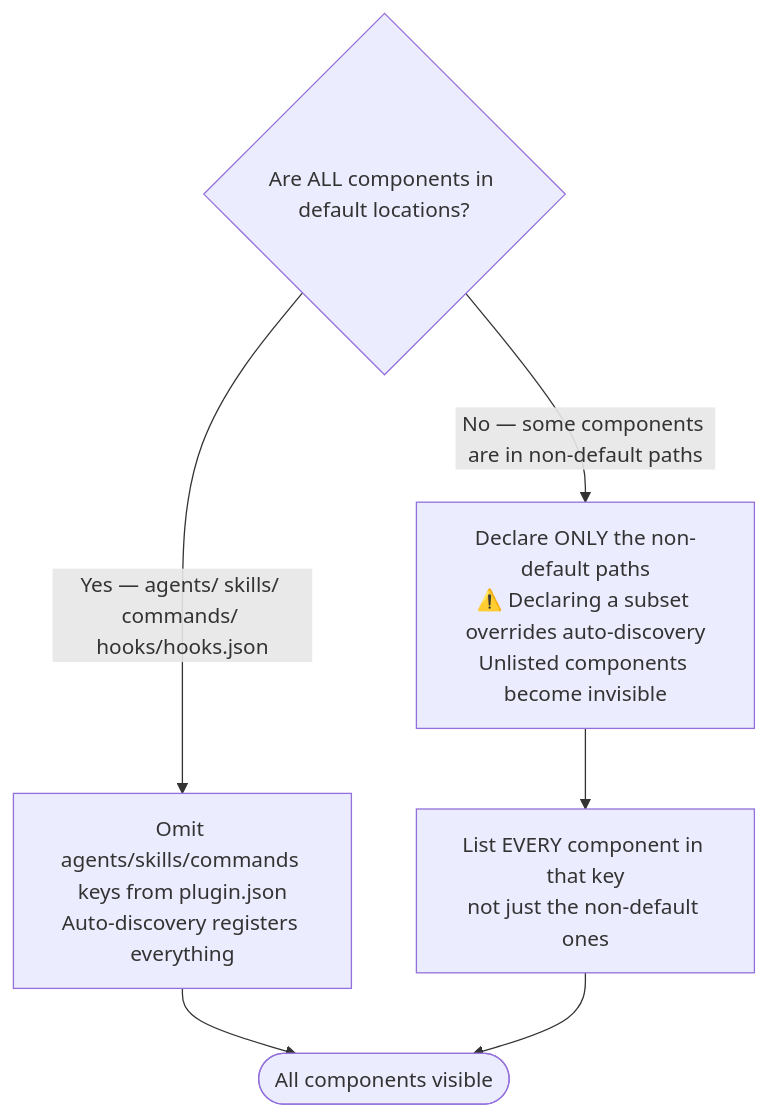
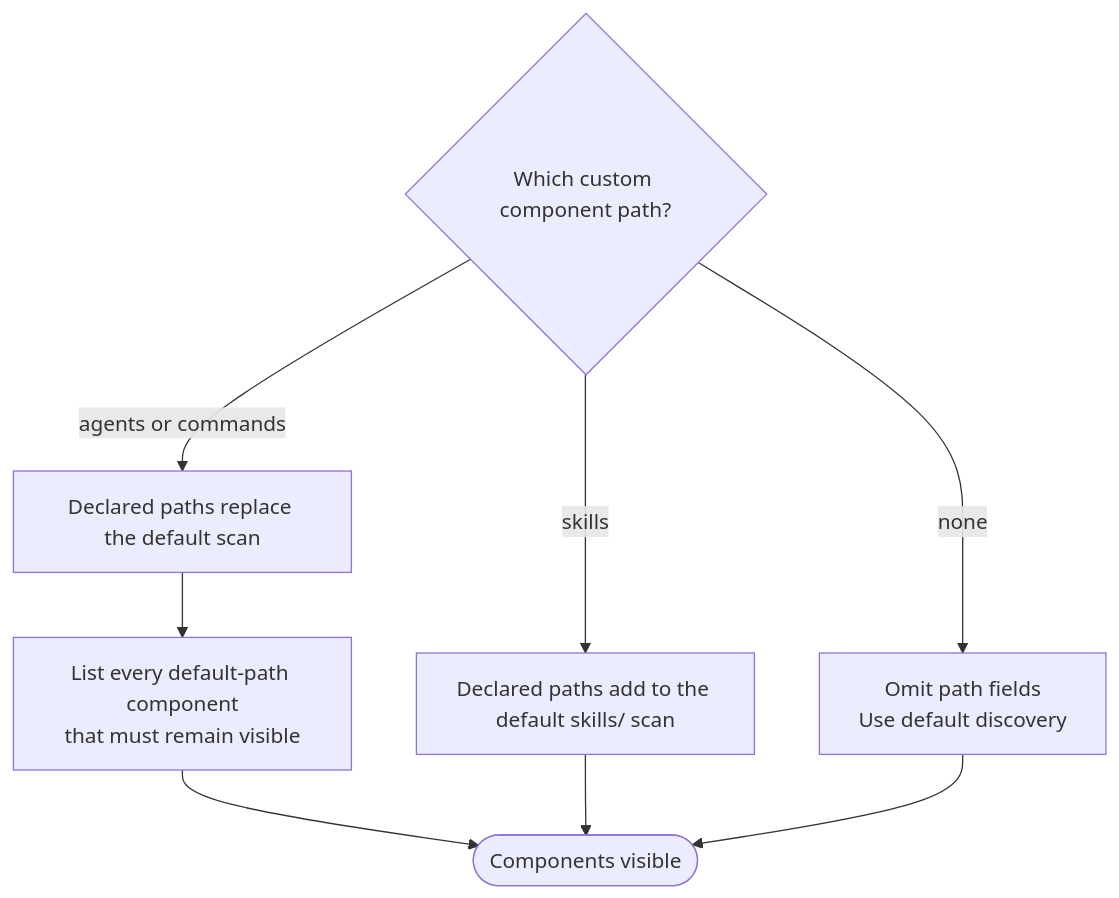
One commit to Jamie-BitFlight/claude_skills changed the diagram in rules/plugin-development.md. Above: the diagram before and after it, drawn with Mermaid. The commit also changed other lines of this file and 7 other files, not shown here.

````diff
--- a/rules/plugin-development.md
+++ b/rules/plugin-development.md
@@ -40,9 +48,11 @@
 ```mermaid
 flowchart TD
-    Q{Are ALL components in default locations?}
-    Q -->|Yes — agents/ skills/ commands/ hooks/hooks.json| Omit["Omit agents/skills/commands keys from plugin.json<br>Auto-discovery registers everything"]
-    Q -->|No — some components are in non-default paths| Declare["Declare ONLY the non-default paths<br>⚠️ Declaring a subset overrides auto-discovery<br>Unlisted components become invisible"]
-    Omit --> Done([All components visible])
-    Declare --> Warn["List EVERY component in that key<br>not just the non-default ones"]
-    Warn --> Done
+    Q{Which custom component path?}
+    Q -->|agents or commands| Replace["Declared paths replace the default scan"]
+    Replace --> Keep["List every default-path component<br>that must remain visible"]
+    Q -->|skills| Add["Declared paths add to the default skills/ scan"]
+    Q -->|none| Omit["Omit path fields<br>Use default discovery"]
+    Keep --> Done([Components visible])
+    Add --> Done
+    Omit --> Done
 ```
````
